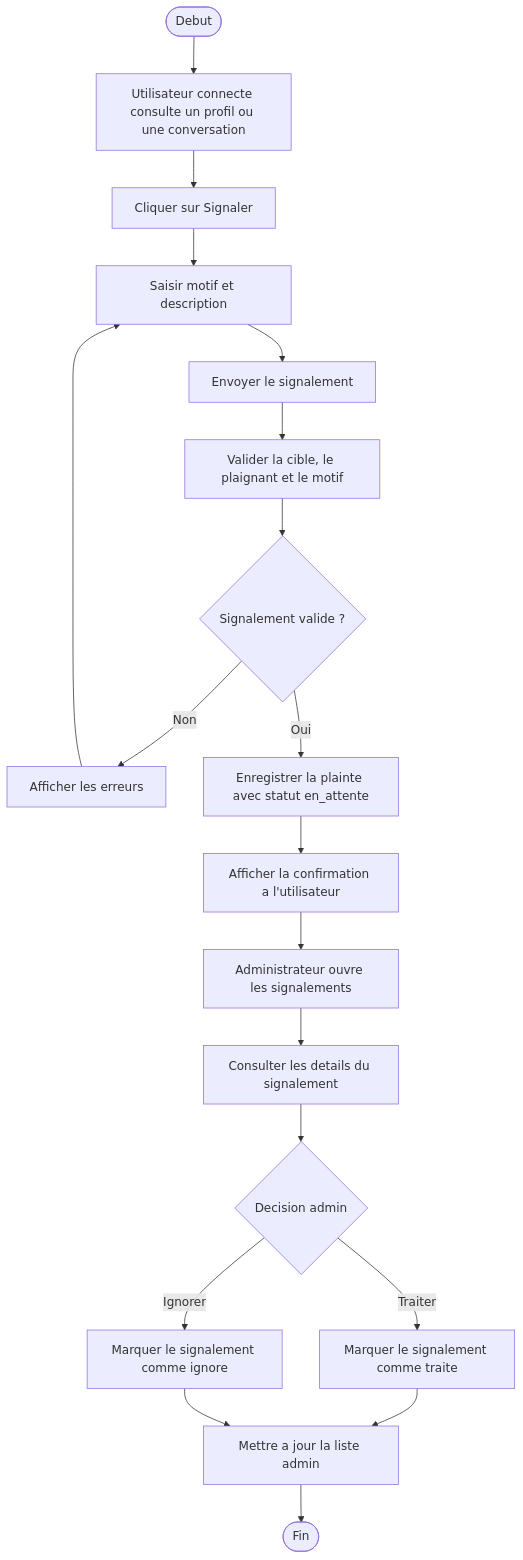
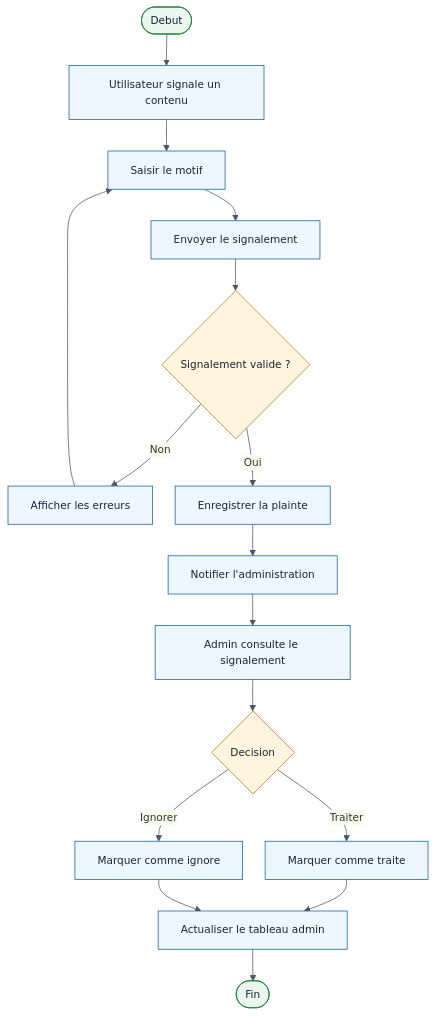
Diagram 11 of 12 in UML/diagrammes-activites.md (Exauce13/fya-front-end), drawn with Mermaid before and after one commit. The commit also changed other lines of this file and 104 other files, not shown here.

````diff
--- a/UML/diagrammes-activites.md
+++ b/UML/diagrammes-activites.md
@@ -288,22 +380,29 @@
 ```mermaid
+%%{init: {"theme": "base", "themeVariables": {"fontFamily": "Arial", "fontSize": "14px", "primaryColor": "#EEF6FF", "primaryBorderColor": "#145DA0", "lineColor": "#4B5563", "textColor": "#182433"}, "flowchart": {"curve": "basis", "nodeSpacing": 30, "rankSpacing": 42}}}%%
 flowchart TD
-    A([Debut]) --> B[Utilisateur connecte consulte un profil ou une conversation]
-    B --> C[Cliquer sur Signaler]
-    C --> D[Saisir motif et description]
-    D --> E[Envoyer le signalement]
-    E --> F[Valider la cible, le plaignant et le motif]
-    F --> G{Signalement valide ?}
-    G -- Non --> H[Afficher les erreurs]
-    H --> D
+    A([Debut]) --> B[Utilisateur signale un contenu]
+    B --> C[Saisir le motif]
+    C --> D[Envoyer le signalement]
+    D --> E{Signalement valide ?}
 
-    G -- Oui --> I[Enregistrer la plainte avec statut en_attente]
-    I --> J[Afficher la confirmation a l'utilisateur]
-    J --> K[Administrateur ouvre les signalements]
-    K --> L[Consulter les details du signalement]
-    L --> M{Decision admin}
-    M -- Traiter --> N[Marquer le signalement comme traite]
-    M -- Ignorer --> O[Marquer le signalement comme ignore]
-    N --> P[Mettre a jour la liste admin]
-    O --> P
-    P --> Z([Fin])
+    E -- Non --> F[Afficher les erreurs]
+    F --> C
+
+    E -- Oui --> G[Enregistrer la plainte]
+    G --> H[Notifier l'administration]
+    H --> I[Admin consulte le signalement]
+    I --> J{Decision}
+
+    J -- Traiter --> K[Marquer comme traite]
+    J -- Ignorer --> L[Marquer comme ignore]
+    K --> M[Actualiser le tableau admin]
+    L --> M
+    M --> Z([Fin])
+
+    classDef start fill:#E9F7EF,stroke:#1E7E34,color:#182433,font-size:14px
+    classDef action fill:#EEF6FF,stroke:#145DA0,color:#182433,font-size:14px
+    classDef decision fill:#FFF4DE,stroke:#B7791F,color:#182433,font-size:14px
+    class A,Z start
+    class B,C,D,F,G,H,I,K,L,M action
+    class E,J decision
 ```
````
